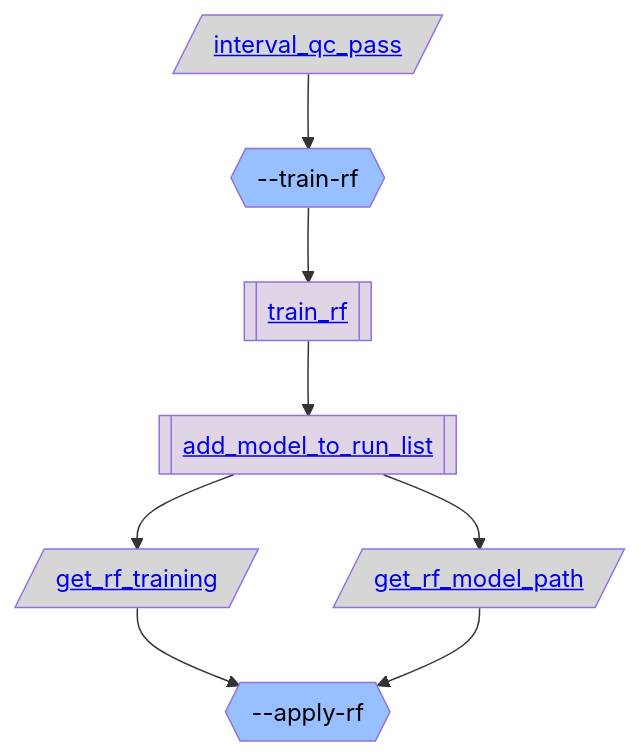
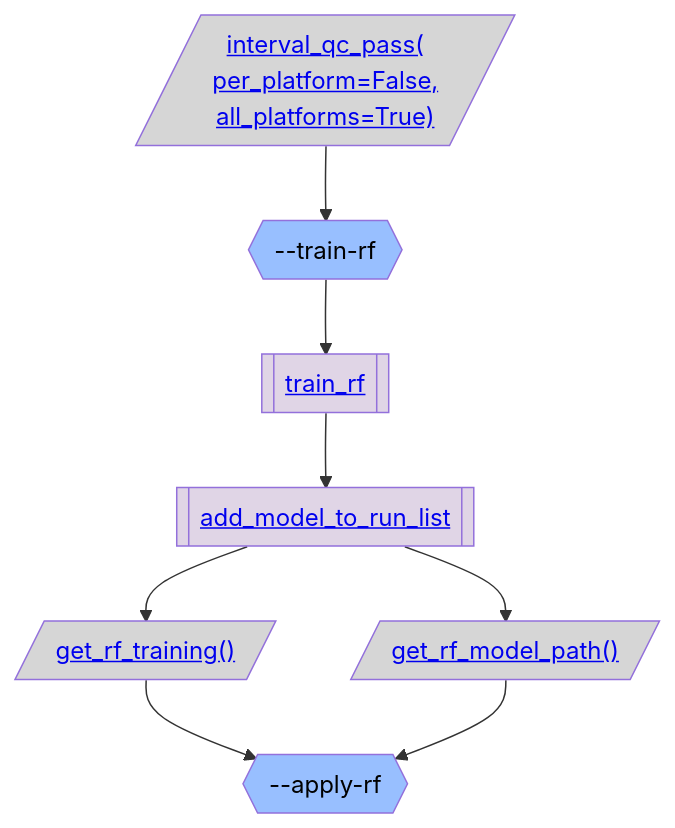
Before and after one commit to broadinstitute/gnomad_qc: the second of 5 diagrams in gnomad_qc/v4/variant_qc/README.md, drawn with Mermaid. The commit also changed other lines of this file and 3 other files, not shown here.

````diff
--- a/gnomad_qc/v4/variant_qc/README.md
+++ b/gnomad_qc/v4/variant_qc/README.md
@@ -72,25 +105,27 @@
 ```mermaid
 flowchart TB;
   classDef script_color fill:#2C5D4A,color:#000000
   classDef step_color fill:#98BFFF,color:#000000
   classDef func_color fill:#E0D5E6,color:#000000
   classDef gnomad_methods_color fill:#F9F2CE,color:#000000
   classDef hail_color fill:#FAEACE,color:#000000
   classDef resource_color fill:#D6D6D6,color:#000000
   classDef validity_check_color fill:#2C5D4A,color:#000000
 
-  resource_interval_qc_pass[/"<a href='https://github.com/broadinstitute/gnomad_qc/tree/main/gnomad_qc/v4/resources/sample_qc.py#L306'>interval_qc_pass</a>"/]:::resource_color;
+  resource_interval_qc_pass_per_platform_False_all_platforms_True[/"<a href='https://github.com/broadinstitute/gnomad_qc/tree/main/gnomad_qc/v4/resources/sample_qc.py#L306'>interval_qc_pass(
+per_platform=False,
+all_platforms=True)</a>"/]:::resource_color;
   step_train_rf{{"--train-rf"}}:::step_color;
   func_train_rf[["<a href='https://github.com/broadinstitute/gnomad_qc/tree/main/gnomad_qc/v4/variant_qc/random_forest.py#L57'>train_rf</a>"]]:::func_color;
   func_add_model_to_run_list[["<a href='https://github.com/broadinstitute/gnomad_qc/tree/main/gnomad_qc/v4/variant_qc/random_forest.py#L172'>add_model_to_run_list</a>"]]:::func_color;
-  resource_get_rf_training[/"<a href='https://github.com/broadinstitute/gnomad_qc/tree/main/gnomad_qc/v4/resources/variant_qc.py#L238'>get_rf_training</a>"/]:::resource_color;
+  resource_get_rf_training_[/"<a href='https://github.com/broadinstitute/gnomad_qc/tree/main/gnomad_qc/v4/resources/variant_qc.py#L238'>get_rf_training()</a>"/]:::resource_color;
   step_apply_rf{{"--apply-rf"}}:::step_color;
-  resource_get_rf_model_path[/"<a href='https://github.com/broadinstitute/gnomad_qc/tree/main/gnomad_qc/v4/resources/variant_qc.py#L222'>get_rf_model_path</a>"/]:::resource_color;
-  resource_interval_qc_pass --> step_train_rf;
+  resource_get_rf_model_path_[/"<a href='https://github.com/broadinstitute/gnomad_qc/tree/main/gnomad_qc/v4/resources/variant_qc.py#L222'>get_rf_model_path()</a>"/]:::resource_color;
+  resource_interval_qc_pass_per_platform_False_all_platforms_True --> step_train_rf;
   step_train_rf --> func_train_rf;
   func_train_rf --> func_add_model_to_run_list;
-  func_add_model_to_run_list --> resource_get_rf_training;
-  resource_get_rf_training --> step_apply_rf;
-  func_add_model_to_run_list --> resource_get_rf_model_path;
-  resource_get_rf_model_path --> step_apply_rf;
+  func_add_model_to_run_list --> resource_get_rf_training_;
+  resource_get_rf_training_ --> step_apply_rf;
+  func_add_model_to_run_list --> resource_get_rf_model_path_;
+  resource_get_rf_model_path_ --> step_apply_rf;
 ```
````
